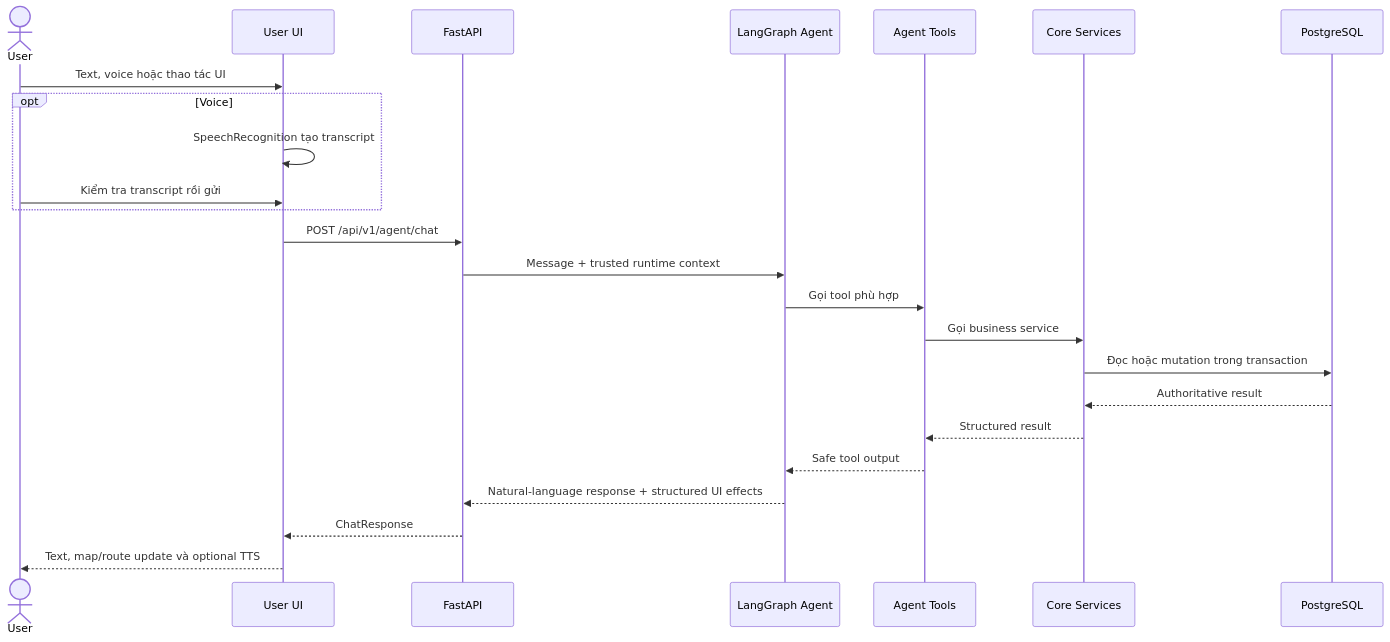
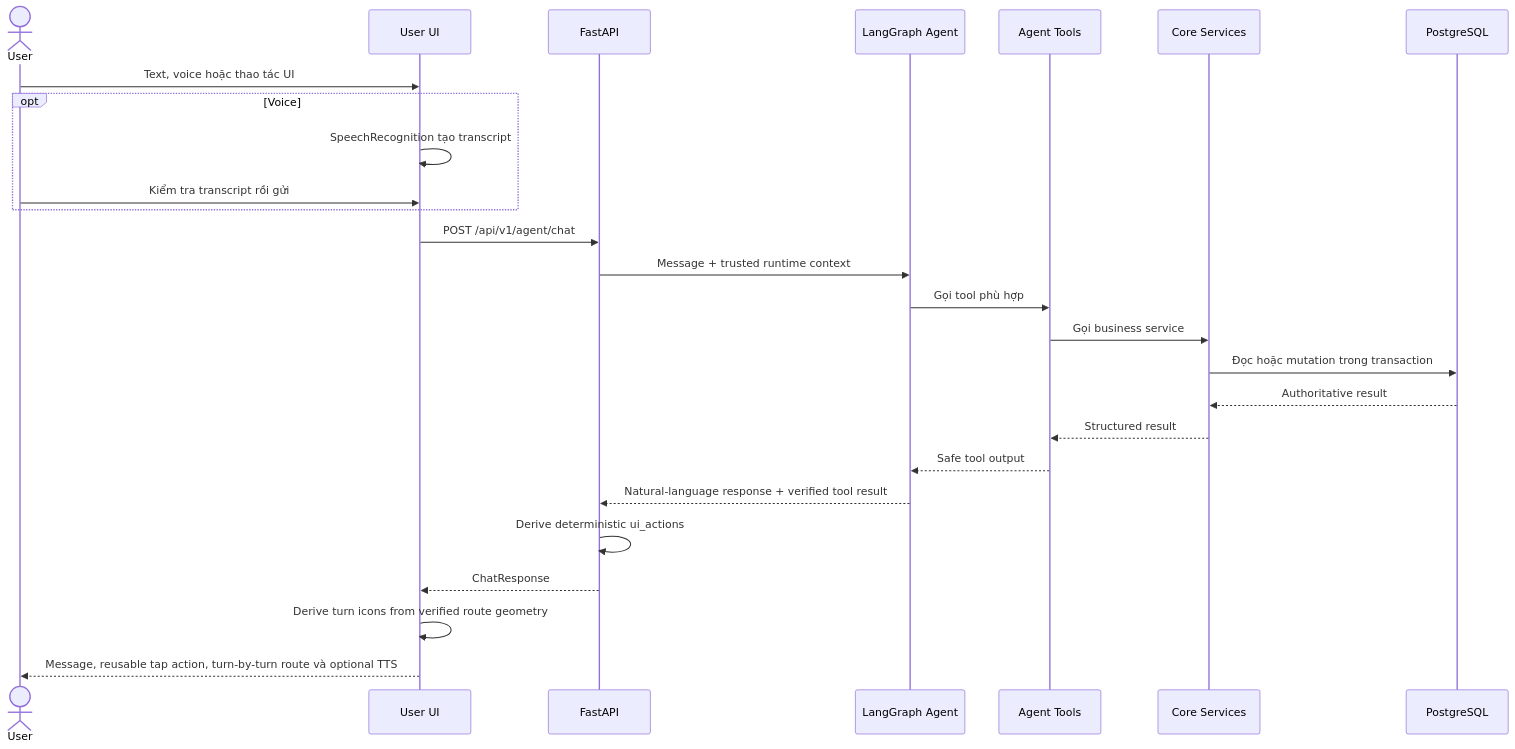
Before and after one commit to Ngducanh05/T-152: the second of 7 diagrams in docs/architecture.md, drawn with Mermaid. The commit also changed other lines of this file and 59 other files, not shown here.

````diff
--- a/docs/architecture.md
+++ b/docs/architecture.md
@@ -103,27 +103,29 @@
 ```mermaid
 sequenceDiagram
     actor User
     participant UI as User UI
     participant API as FastAPI
     participant Agent as LangGraph Agent
     participant Tools as Agent Tools
     participant Core as Core Services
     participant DB as PostgreSQL
 
     User->>UI: Text, voice hoặc thao tác UI
     opt Voice
         UI->>UI: SpeechRecognition tạo transcript
         User->>UI: Kiểm tra transcript rồi gửi
     end
     UI->>API: POST /api/v1/agent/chat
     API->>Agent: Message + trusted runtime context
     Agent->>Tools: Gọi tool phù hợp
     Tools->>Core: Gọi business service
     Core->>DB: Đọc hoặc mutation trong transaction
     DB-->>Core: Authoritative result
     Core-->>Tools: Structured result
     Tools-->>Agent: Safe tool output
-    Agent-->>API: Natural-language response + structured UI effects
+    Agent-->>API: Natural-language response + verified tool result
+    API->>API: Derive deterministic ui_actions
     API-->>UI: ChatResponse
-    UI-->>User: Text, map/route update và optional TTS
+    UI->>UI: Derive turn icons from verified route geometry
+    UI-->>User: Message, reusable tap action, turn-by-turn route và optional TTS
 ```
````
